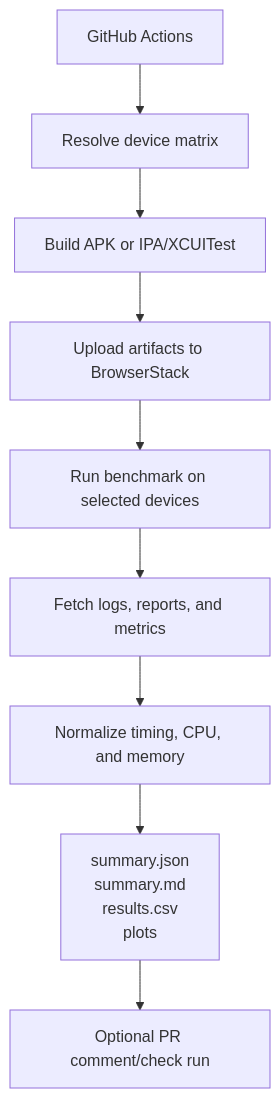
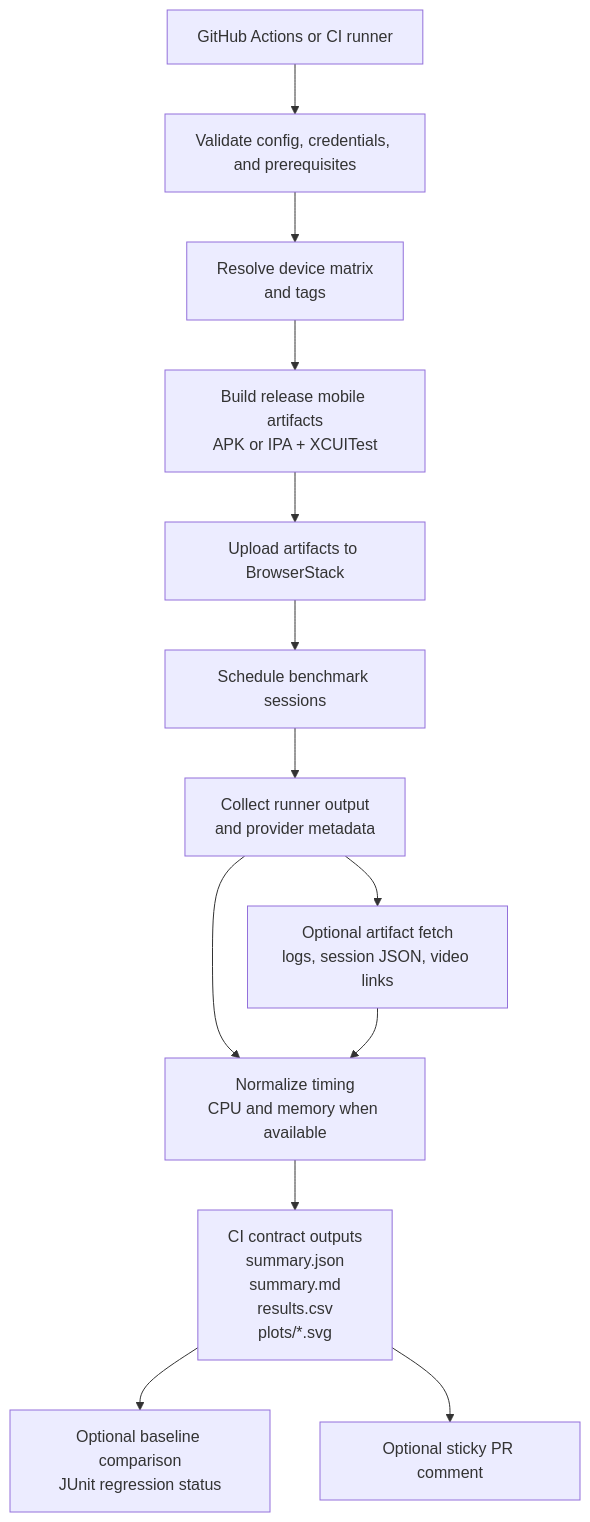
The diagram in docs/diagrams/browserstack-ci-lifecycle.mmd (worldcoin/mobile-bench-rs), drawn with Mermaid before and after one commit. The commit also changed 47 other files, not shown here.

```diff
--- a/docs/diagrams/browserstack-ci-lifecycle.mmd
+++ b/docs/diagrams/browserstack-ci-lifecycle.mmd
@@ -1,9 +1,26 @@
 flowchart TD
-    workflow["GitHub Actions"] --> resolve["Resolve device matrix"]
-    resolve --> build["Build APK or IPA/XCUITest"]
-    build --> upload["Upload artifacts to BrowserStack"]
-    upload --> run["Run benchmark on selected devices"]
-    run --> fetch["Fetch logs, reports, and metrics"]
-    fetch --> normalize["Normalize timing, CPU, and memory"]
-    normalize --> outputs["summary.json\nsummary.md\nresults.csv\nplots"]
-    outputs --> pr["Optional PR comment/check run"]
+    workflow["GitHub Actions or CI runner"]
+    doctor["Validate config, credentials, and prerequisites"]
+    resolve["Resolve device matrix\nand tags"]
+    build["Build release mobile artifacts\nAPK or IPA + XCUITest"]
+    upload["Upload artifacts to BrowserStack"]
+    schedule["Schedule benchmark sessions"]
+    collect["Collect runner output\nand provider metadata"]
+    fetch["Optional artifact fetch\nlogs, session JSON, video links"]
+    normalize["Normalize timing\nCPU and memory when available"]
+    outputs["CI contract outputs\nsummary.json\nsummary.md\nresults.csv\nplots/*.svg"]
+    regressions["Optional baseline comparison\nJUnit regression status"]
+    pr["Optional sticky PR comment"]
+
+    workflow --> doctor
+    doctor --> resolve
+    resolve --> build
+    build --> upload
+    upload --> schedule
+    schedule --> collect
+    collect --> fetch
+    collect --> normalize
+    fetch --> normalize
+    normalize --> outputs
+    outputs --> regressions
+    outputs --> pr
```
